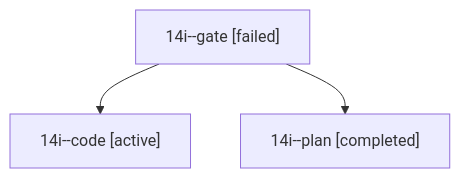
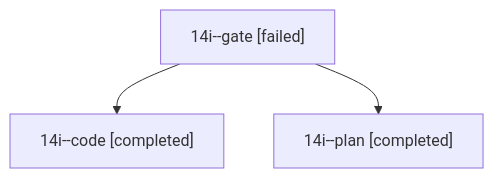
One commit to bobs-org/bob-cli--agents changed the diagram in sessions/bbugyi200.athena.14i.md. Above: the diagram before and after it, drawn with Mermaid. The commit also changed other lines of this file and 12 other files, not shown here.

````diff
--- a/sessions/bbugyi200.athena.14i.md
+++ b/sessions/bbugyi200.athena.14i.md
@@ -9,8 +9,8 @@
 ```mermaid
 flowchart TD
   n0["14i--gate [failed]"]
-  n1["14i--code [active]"]
+  n1["14i--code [completed]"]
   n0 --> n1
   n2["14i--plan [completed]"]
   n0 --> n2
 ```
````
